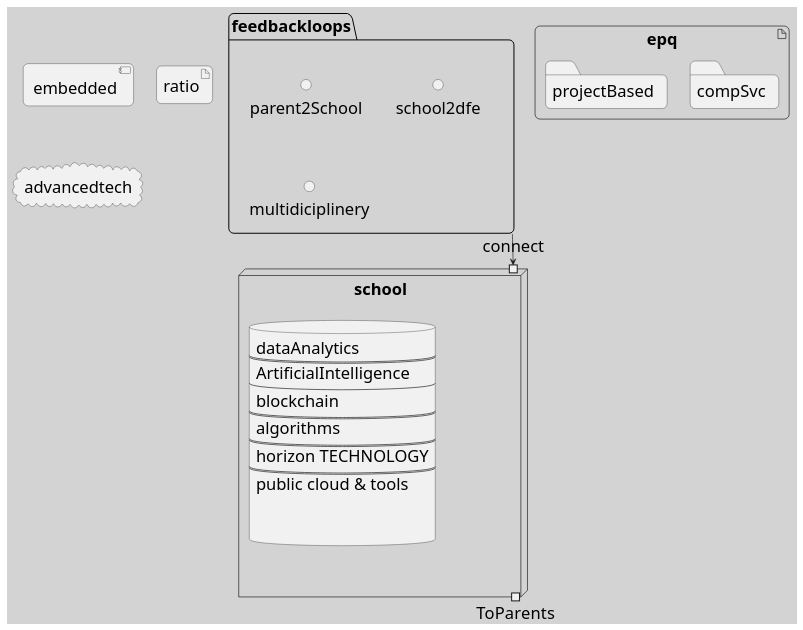
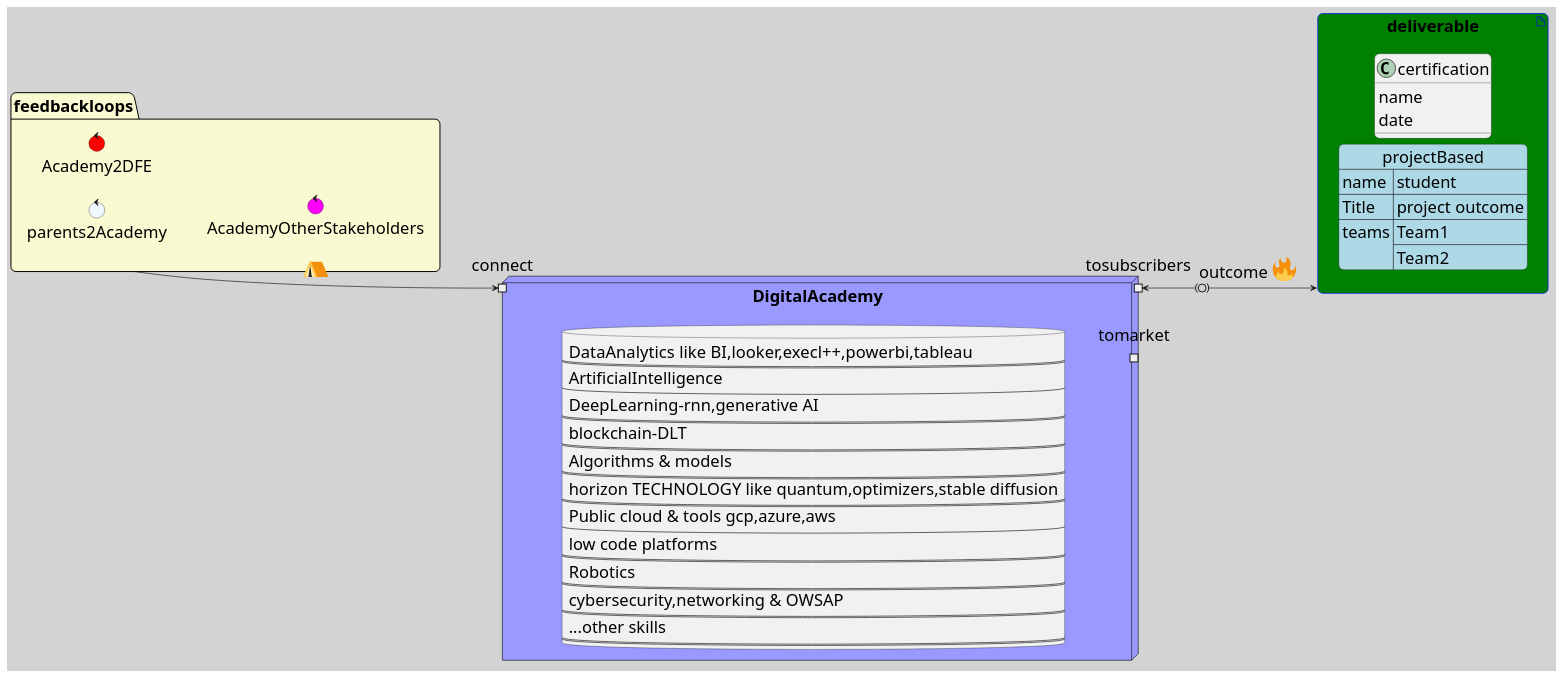
One commit to techomanx/Python changed the diagram in plantumlHighLevelThinking.wsd. Above: the diagram before and after it, drawn with PlantUML. The commit also changed 3 other files, not shown here.

```diff
--- a/plantumlHighLevelThinking.wsd
+++ b/plantumlHighLevelThinking.wsd
@@ -1,48 +1,68 @@
 @startuml
+allow_mixing
 skinparam RoundCorner 15
 skinparam BackgroundColor lightGray
 skinparam AgentBorderColor Yellow
 skinparam DefaultFontColor black
 skinparam DefaultFontSize 25
+left to right direction
 
 ' skinparam 
-component embedded
-artifact ratio
-cloud advancedtech
-folder feedbackloops{
-    interface parent2School
-    interface school2dfe
-    interface multidiciplinery
+
+folder feedbackloops #LightGoldenRodYellow {
+    control parents2Academy #aliceblue
+    control Academy2DFE #red
+    control AcademyOtherStakeholders #Fuchsia
 }
 
-node school{
+node DigitalAcademy #9999ff{
     portin connect
-    portout ToParents
+    portout tomarket
+    portout tosubscribers
     
-    database skil[
-    dataAnalytics
+    database SkillsOnBelt[
+    DataAnalytics like BI,looker,execl++,powerbi,tableau
     ====
-    ArtificialIntelligence
+    ArtificialIntelligence 
     ----
-    blockchain
+    DeepLearning-rnn,generative AI
+    ====
+    blockchain-DLT
     ===
-    algorithms
+    Algorithms & models
     ===
-    horizon TECHNOLOGY
+    horizon TECHNOLOGY like quantum,optimizers,stable diffusion
     ===
-    public cloud & tools
+    Public cloud & tools gcp,azure,aws
+    ---
+    low code platforms
+    ===
+    Robotics
+    ===
+    cybersecurity,networking & OWSAP
+    ===
+    ...other skills
+    ===
+]
+
+}
+feedbackloops ---> connect: <:tent:>
 
 
-]
-feedbackloops ---> connect
+artifact deliverable #green;line:blue{
+    class certification {
+        name
+        date
+    }
+    Json projectBased #lightblue{
+        "name":"student",
+        "Title":"project outcome",
+        "teams":["Team1","Team2"]
+    } 
 
 }
 
-artifact epq{
-    folder compSvc
-    folder projectBased
-}
-
+tosubscribers <-(0)->deliverable : outcome <:fire:>
 
 
 @enduml
```
